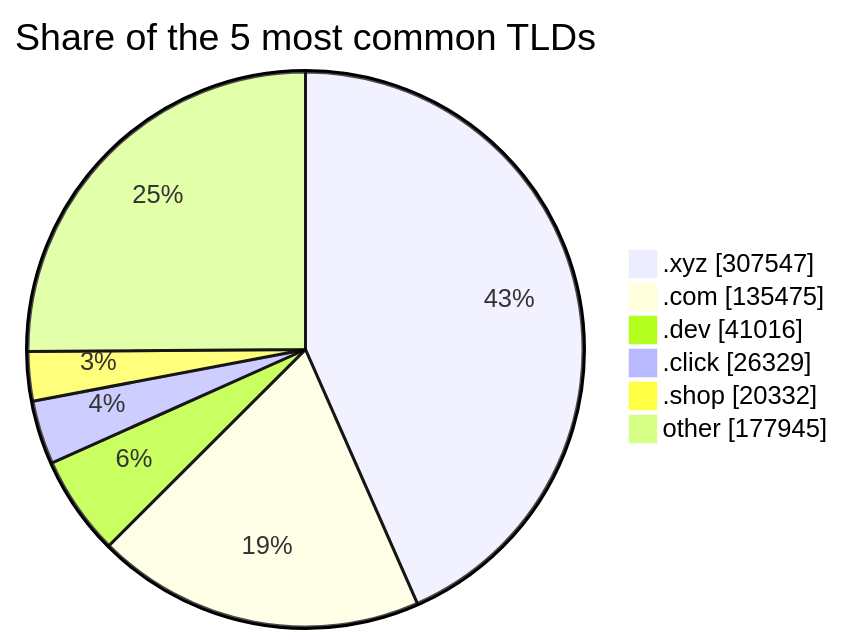
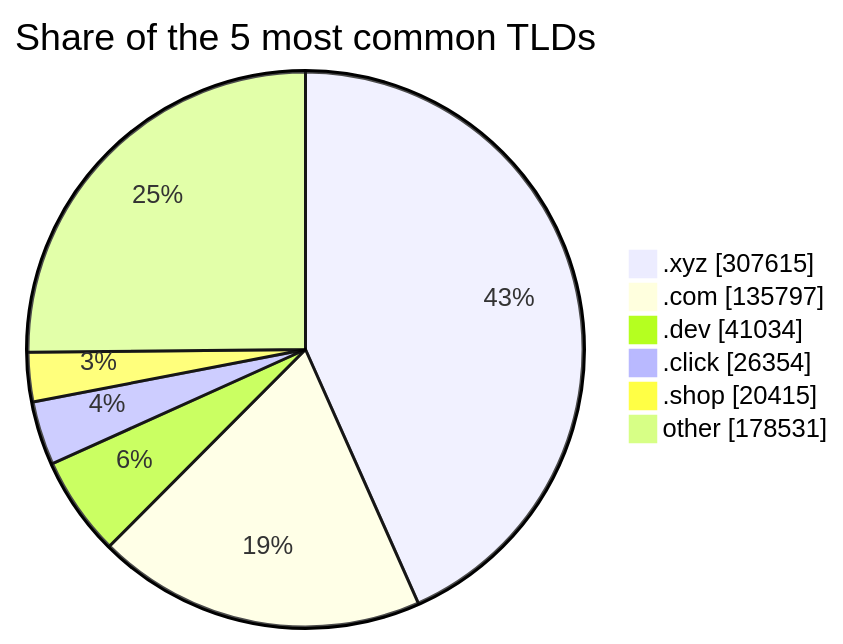
The third of 3 diagrams in README.md (DNSBunker/CTI), drawn with Mermaid before and after one commit. The commit also changed other lines of this file and 3 other files, not shown here.

````diff
--- a/README.md
+++ b/README.md
@@ -81,9 +81,9 @@
 ```mermaid
 pie showData title Share of the 5 most common TLDs
-    ".xyz" : 307547
-    ".com" : 135475
-    ".dev" : 41016
-    ".click" : 26329
-    ".shop" : 20332
-    "other" : 177945
+    ".xyz" : 307615
+    ".com" : 135797
+    ".dev" : 41034
+    ".click" : 26354
+    ".shop" : 20415
+    "other" : 178531
 ```
````
